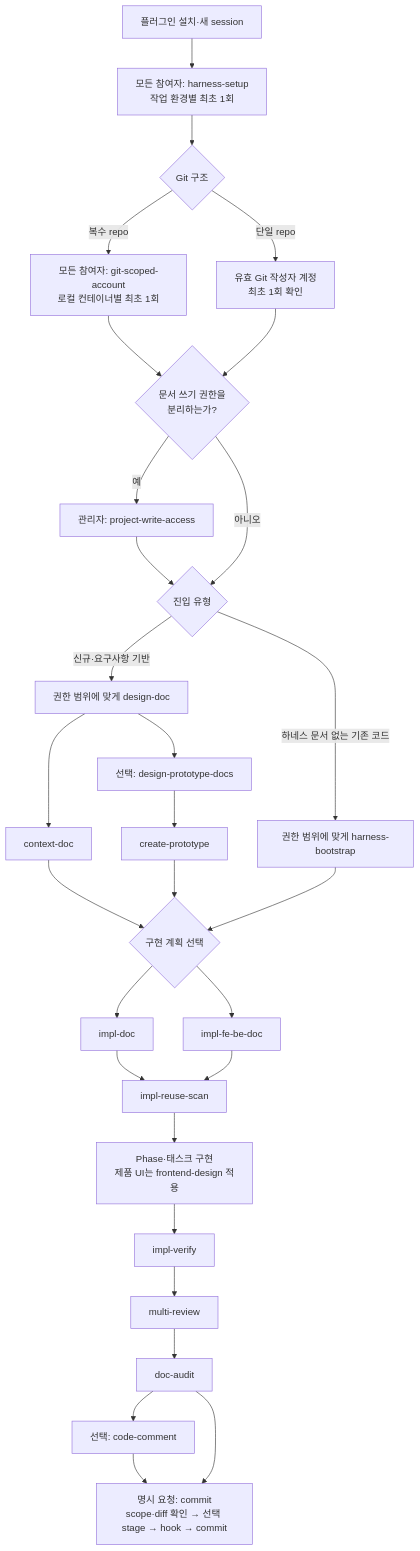
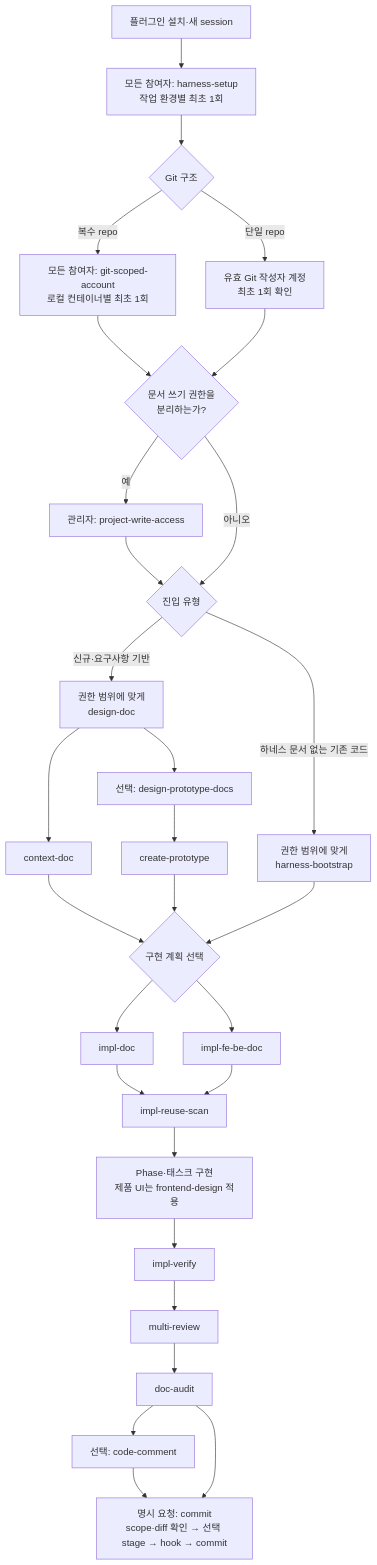
The first of 2 diagrams in .user-docs/Harness_Engineering.md (hb9397/ai-agent-harness-docs), drawn with Mermaid before and after one commit. The commit also changed 2 other files, not shown here.

Commit message:
docs(workflow): 문서 안내와 렌더링을 정돈한다
README 상단에서 다중 앱 문서 흐름과 소유권 안내를 바로 찾을 수 있게 연결한다.

운영 흐름의 하위 불릿과 Mermaid 노드 줄바꿈을 정리해 Markdown 미리보기에서 내용이 겹치거나 한 줄로 뭉치지 않게 한다.

검증: git diff --staged --check

````diff
--- a/.user-docs/Harness_Engineering.md
+++ b/.user-docs/Harness_Engineering.md
@@ -201,31 +201,31 @@
 ```mermaid
 flowchart TD
     S["플러그인 설치·새 session"] --> H["모든 참여자: harness-setup<br/>작업 환경별 최초 1회"]
     H --> G{"Git 구조"}
     G -->|"복수 repo"| GA["모든 참여자: git-scoped-account<br/>로컬 컨테이너별 최초 1회"]
     G -->|"단일 repo"| GV["유효 Git 작성자 계정<br/>최초 1회 확인"]
     GA --> A{"문서 쓰기 권한을<br/>분리하는가?"}
     GV --> A
     A -->|"예"| PA["관리자: project-write-access"]
     A -->|"아니오"| X{"진입 유형"}
     PA --> X
-    X -->|"신규·요구사항 기반"| D["권한 범위에 맞게 design-doc"]
-    X -->|"하네스 문서 없는 기존 코드"| B["권한 범위에 맞게 harness-bootstrap"]
+    X -->|"신규·요구사항 기반"| D["권한 범위에 맞게<br/>design-doc"]
+    X -->|"하네스 문서 없는 기존 코드"| B["권한 범위에 맞게<br/>harness-bootstrap"]
     D --> C["context-doc"]
     D --> P["선택: design-prototype-docs"]
     P --> CP["create-prototype"]
     C --> I{"구현 계획 선택"}
     B --> I
     CP --> I
     I --> ID["impl-doc"]
     I --> IF["impl-fe-be-doc"]
     ID --> RS["impl-reuse-scan"]
     IF --> RS
     RS --> W["Phase·태스크 구현<br/>제품 UI는 frontend-design 적용"]
     W --> IV["impl-verify"]
     IV --> MR["multi-review"]
     MR --> DA["doc-audit"]
     DA --> CO["선택: code-comment"]
     DA --> CM["명시 요청: commit<br/>scope·diff 확인 → 선택 stage → hook → commit"]
     CO --> CM
 ```
````
